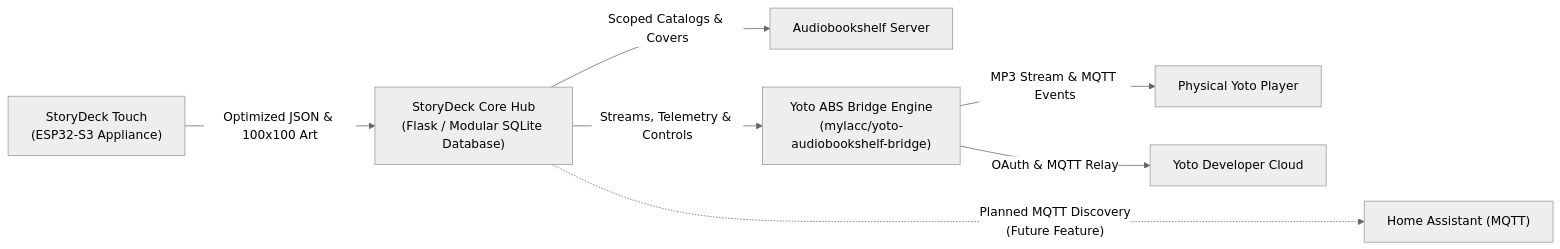
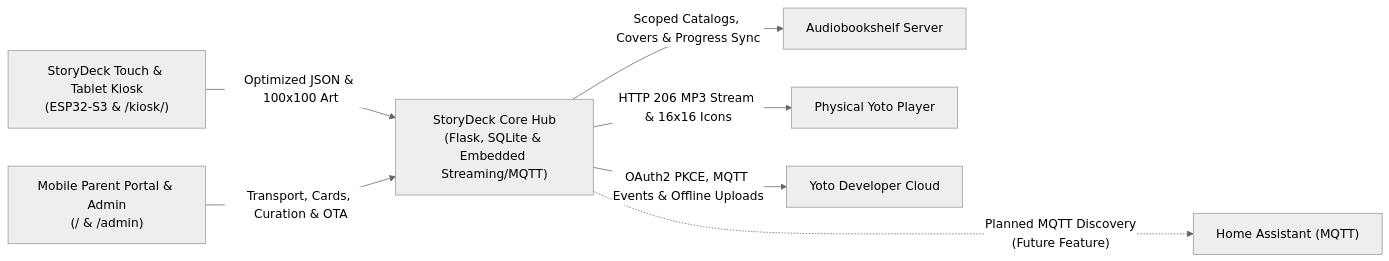
One commit to YotoStoryDeck/core changed the diagram in README.md. Above: the diagram before and after it, drawn with Mermaid (neutral theme). The commit also changed other lines of this file and 5 other files, not shown here.

````diff
--- a/README.md
+++ b/README.md
@@ -22,9 +22,9 @@
 ```mermaid
 flowchart LR
-    Touch["StoryDeck Touch<br/>(ESP32-S3 Appliance)"] -->|"Optimized JSON & 100x100 Art"| Core["StoryDeck Core Hub<br/>(Flask / Modular SQLite Database)"]
-    Core -->|"Scoped Catalogs & Covers"| ABS["Audiobookshelf Server"]
-    Core -->|"Streams, Telemetry & Controls"| Bridge["Yoto ABS Bridge Engine<br/>(mylacc/yoto-audiobookshelf-bridge)"]
+    Touch["StoryDeck Touch & Tablet Kiosk<br/>(ESP32-S3 & /kiosk/)"] -->|"Optimized JSON & 100x100 Art"| Core["StoryDeck Core Hub<br/>(Flask, SQLite & Embedded Streaming/MQTT)"]
+    Portal["Mobile Parent Portal & Admin<br/>(/ & /admin)"] -->|"Transport, Cards, Curation & OTA"| Core
+    Core -->|"Scoped Catalogs, Covers & Progress Sync"| ABS["Audiobookshelf Server"]
+    Core -->|"HTTP 206 MP3 Stream & 16x16 Icons"| YotoPlayer["Physical Yoto Player"]
+    Core -->|"OAuth2 PKCE, MQTT Events & Offline Uploads"| YotoCloud["Yoto Developer Cloud"]
     Core -...->|"Planned MQTT Discovery<br/>(Future Feature)"| HA["Home Assistant (MQTT)"]
-    Bridge -->|"MP3 Stream & MQTT Events"| YotoPlayer["Physical Yoto Player"]
-    Bridge -->|"OAuth & MQTT Relay"| YotoCloud["Yoto Developer Cloud"]
 ```
````
